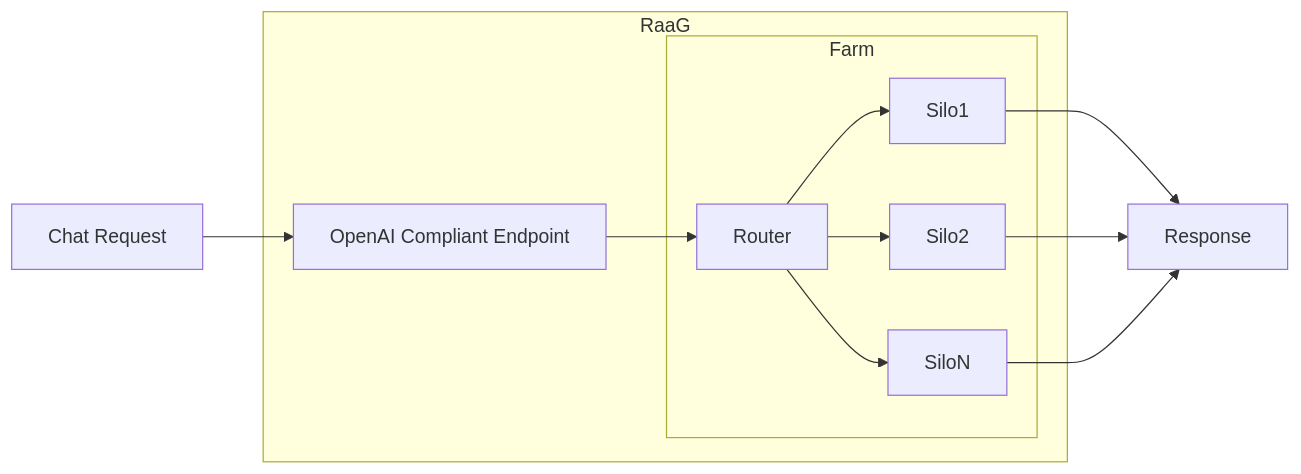
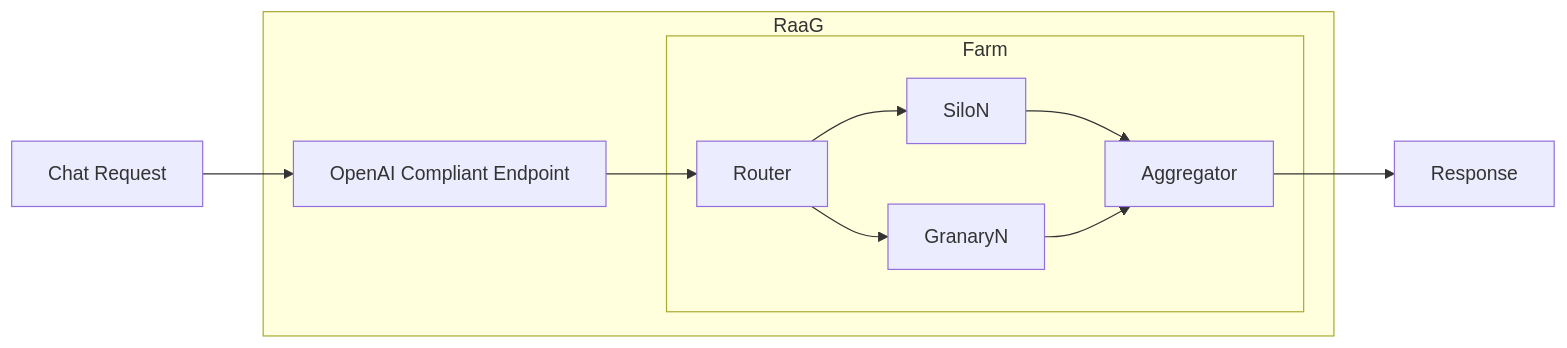
Before and after one commit to dRAGon-Okinawa/docs: the diagram in docs/about-dragon/glossary/whats-raag.md, drawn with Mermaid.

Commit message:
GITBOOK-39: No subject

````diff
--- a/docs/about-dragon/glossary/whats-raag.md
+++ b/docs/about-dragon/glossary/whats-raag.md
@@ -101,18 +101,17 @@
 ```mermaid
 flowchart LR
     request[Chat Request] --> endpoint
     subgraph raag1 [RaaG]
         endpoint[OpenAI Compliant Endpoint] --> Router
         subgraph farm1 [Farm]
-            Router-->Silo1
-            Router-->Silo2
             Router-->SiloN
-            click Silo1 href "/about-dragon/glossary/whats-a-silo" "What's a Silo?"
-            click Silo2 href "/about-dragon/glossary/whats-a-silo" "What's a Silo?"
+            Router-->GranaryN
+            Aggregator
             click SiloN href "/about-dragon/glossary/whats-a-silo" "What's a Silo?"
+            click GranaryN href "/about-dragon/glossary/whats-a-granary" "What's a Granary?"
         end
     end
-    Silo1-->Response
-    Silo2-->Response
-    SiloN-->Response
+    SiloN-->Aggregator
+    GranaryN-->Aggregator
+    Aggregator-->Response
 ```
````
